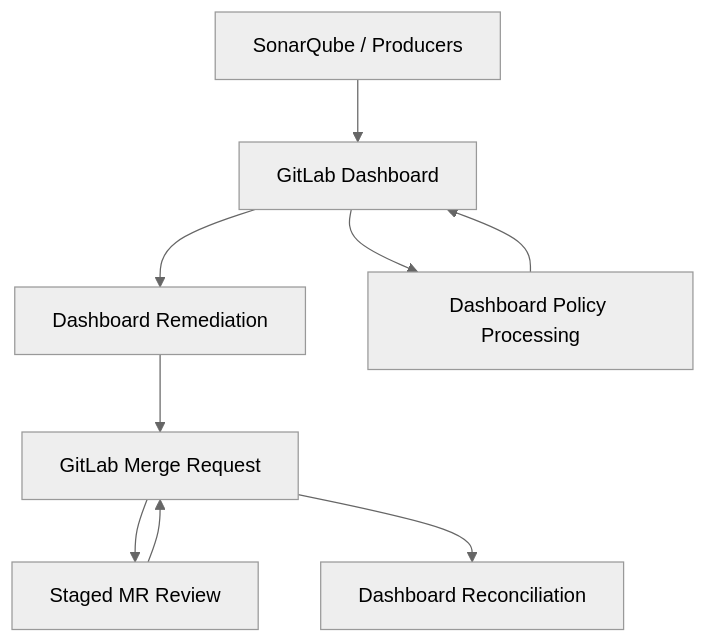
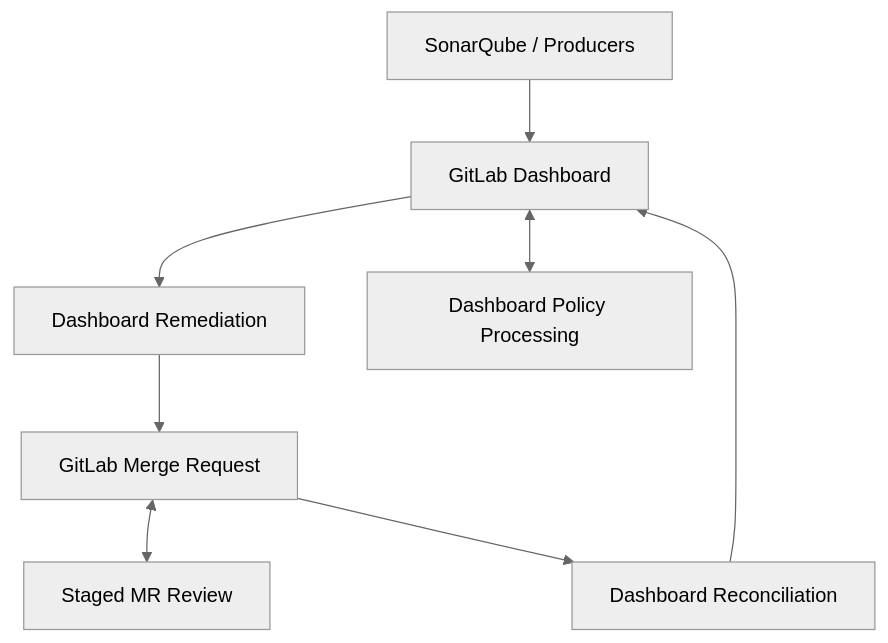
The diagram in README.md (JustinMelger/ZeroOne-ops), drawn with Mermaid (neutral theme) before and after one commit.

Commit message:
docs: system flow

````diff
--- a/README.md
+++ b/README.md
@@ -46,11 +46,10 @@
 ```mermaid
 flowchart TD
     A[SonarQube / Producers] --> B[GitLab Dashboard]
     B --> C[Dashboard Remediation]
     C --> D[GitLab Merge Request]
-    D --> E[Staged MR Review]
-    E --> D
+    D <--> E[Staged MR Review]
     D --> F[Dashboard Reconciliation]
-    B --> G[Dashboard Policy Processing]
-    G --> B
+    F --> B
+    B <--> G[Dashboard Policy Processing]
 ```
````
